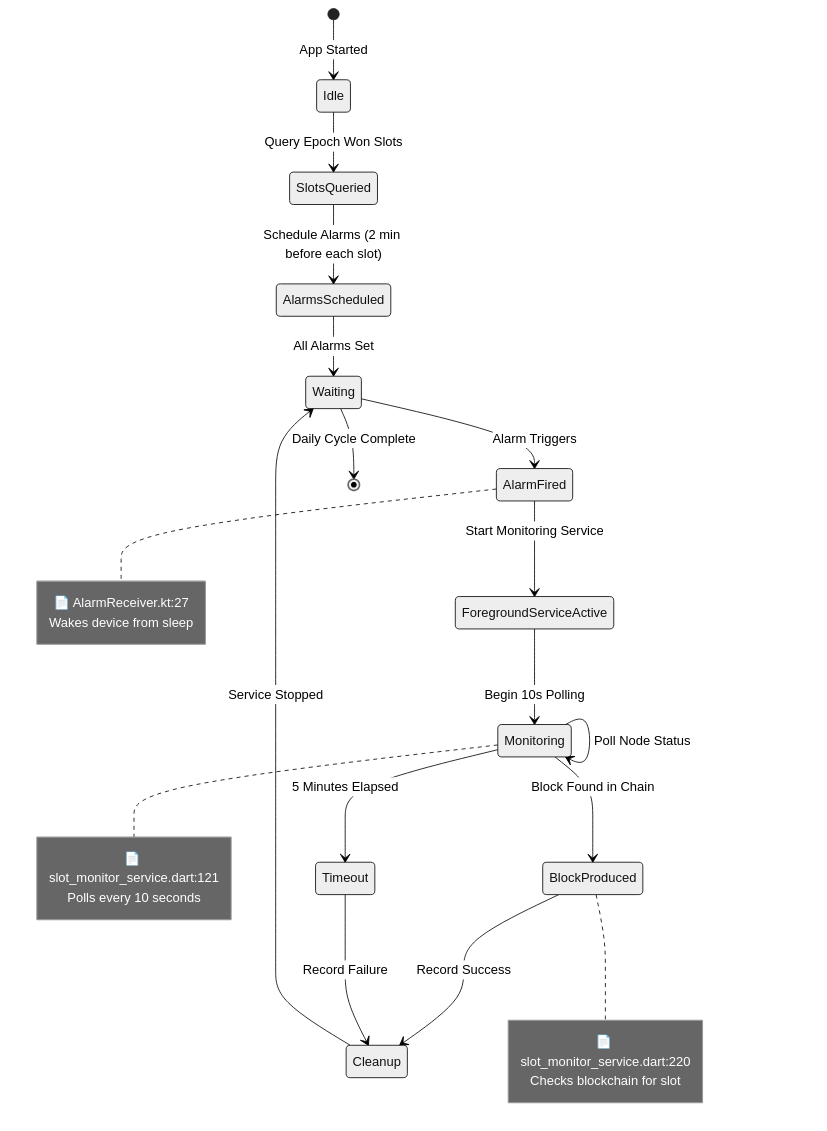
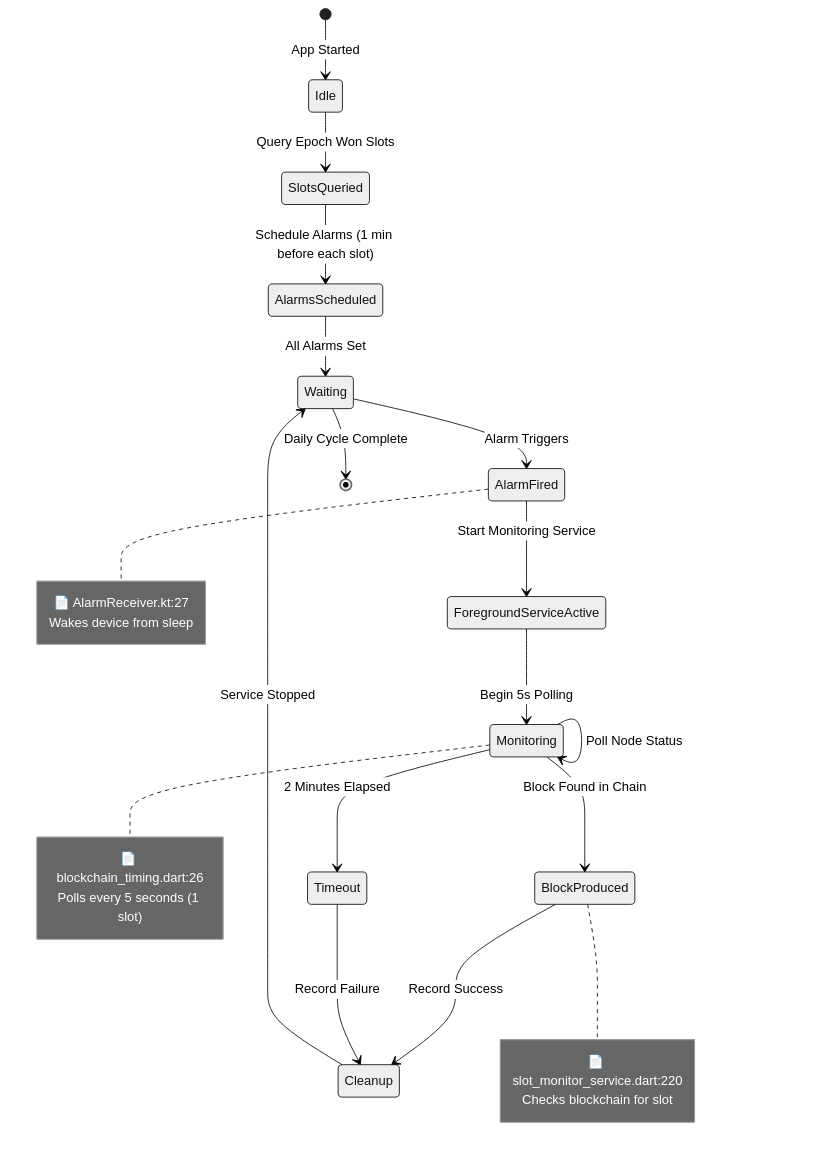
Before and after one commit to Usernode-Labs/flutter-mobile-app: the third of 3 diagrams in docs/android_background_block_production_flow.md, drawn with Mermaid (neutral theme). The commit also changed other lines of this file and 18 other files, not shown here.

````diff
--- a/docs/android_background_block_production_flow.md
+++ b/docs/android_background_block_production_flow.md
@@ -178,36 +178,36 @@
 ```mermaid
 stateDiagram-v2
     [*] --> Idle: App Started
     Idle --> SlotsQueried: Query Epoch Won Slots
-    SlotsQueried --> AlarmsScheduled: Schedule Alarms (2 min before each slot)
+    SlotsQueried --> AlarmsScheduled: Schedule Alarms (1 min before each slot)
     AlarmsScheduled --> Waiting: All Alarms Set
 
     Waiting --> AlarmFired: Alarm Triggers
     AlarmFired --> ForegroundServiceActive: Start Monitoring Service
-    ForegroundServiceActive --> Monitoring: Begin 10s Polling
+    ForegroundServiceActive --> Monitoring: Begin 5s Polling
 
     Monitoring --> Monitoring: Poll Node Status
     Monitoring --> BlockProduced: Block Found in Chain
-    Monitoring --> Timeout: 5 Minutes Elapsed
+    Monitoring --> Timeout: 2 Minutes Elapsed
 
     BlockProduced --> Cleanup: Record Success
     Timeout --> Cleanup: Record Failure
     Cleanup --> Waiting: Service Stopped
 
     Waiting --> [*]: Daily Cycle Complete
 
     note right of AlarmFired
         📄 AlarmReceiver.kt:27
         Wakes device from sleep
     end note
 
     note right of Monitoring
-        📄 slot_monitor_service.dart:121
-        Polls every 10 seconds
+        📄 blockchain_timing.dart:26
+        Polls every 5 seconds (1 slot)
     end note
 
     note right of BlockProduced
         📄 slot_monitor_service.dart:220
         Checks blockchain for slot
     end note
 ```
````
